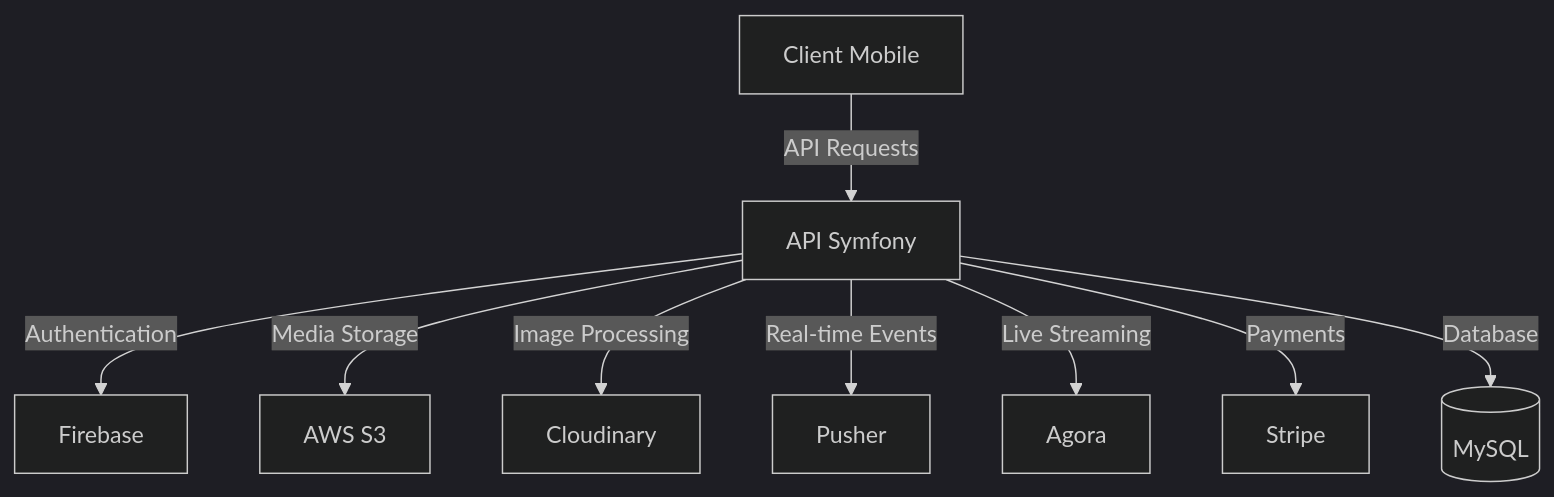
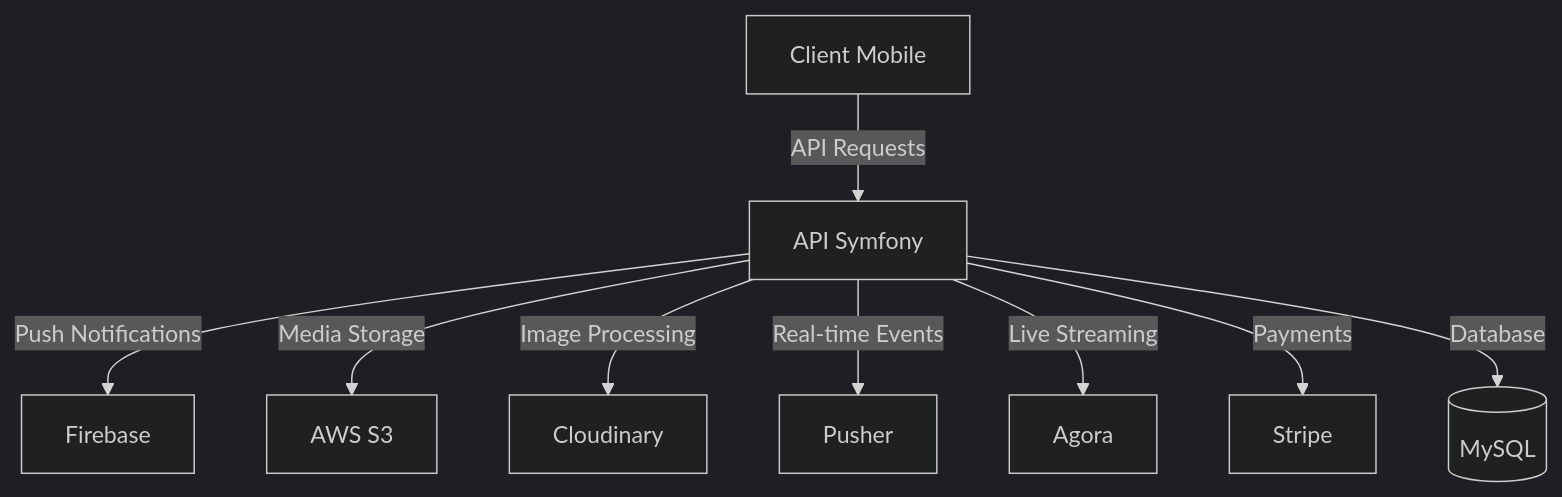
One commit to juuulienr/swipelive changed the diagram in README.md. Above: the diagram before and after it, drawn with Mermaid (dark theme). The commit also changed other lines of this file, not shown here.

Commit message:
docs: amélioration du README avec architecture et documentation détaillée

````diff
--- a/README.md
+++ b/README.md
@@ -147,11 +147,11 @@
 ```mermaid
 graph TD
     A[Client Mobile] -->|API Requests| B[API Symfony]
-    B -->|Authentication| C[Firebase]
+    B -->|Push Notifications| C[Firebase]
     B -->|Media Storage| D[AWS S3]
     B -->|Image Processing| E[Cloudinary]
     B -->|Real-time Events| F[Pusher]
     B -->|Live Streaming| G[Agora]
     B -->|Payments| H[Stripe]
     B -->|Database| I[(MySQL)]
 ```
````
